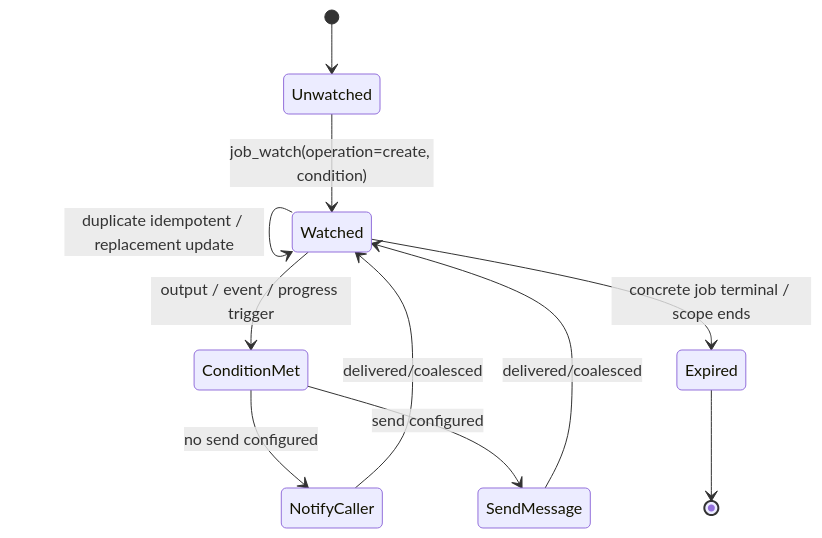
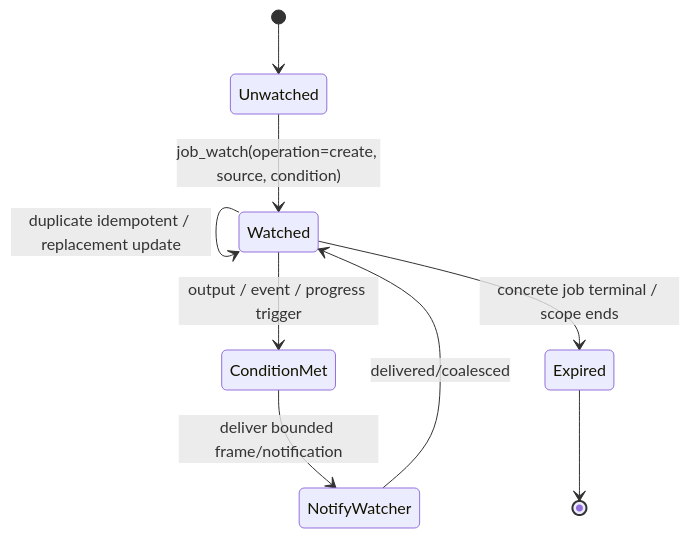
The third of 7 diagrams in docs/job-control.md (prime-radiant-inc/evener), drawn with Mermaid before and after one commit. The commit also changed other lines of this file and 16 other files, not shown here.

````diff
--- a/docs/job-control.md
+++ b/docs/job-control.md
@@ -651,13 +615,11 @@
 ```mermaid
 stateDiagram-v2
     [*] --> Unwatched
-    Unwatched --> Watched: job_watch(operation=create, condition)
+    Unwatched --> Watched: job_watch(operation=create, source, condition)
     Watched --> Watched: duplicate idempotent / replacement update
     Watched --> ConditionMet: output / event / progress trigger
-    ConditionMet --> NotifyCaller: no send configured
-    ConditionMet --> SendMessage: send configured
-    SendMessage --> Watched: delivered/coalesced
-    NotifyCaller --> Watched: delivered/coalesced
+    ConditionMet --> NotifyWatcher: deliver bounded frame/notification
+    NotifyWatcher --> Watched: delivered/coalesced
     Watched --> Expired: concrete job terminal / scope ends
     Expired --> [*]
 ```
````
